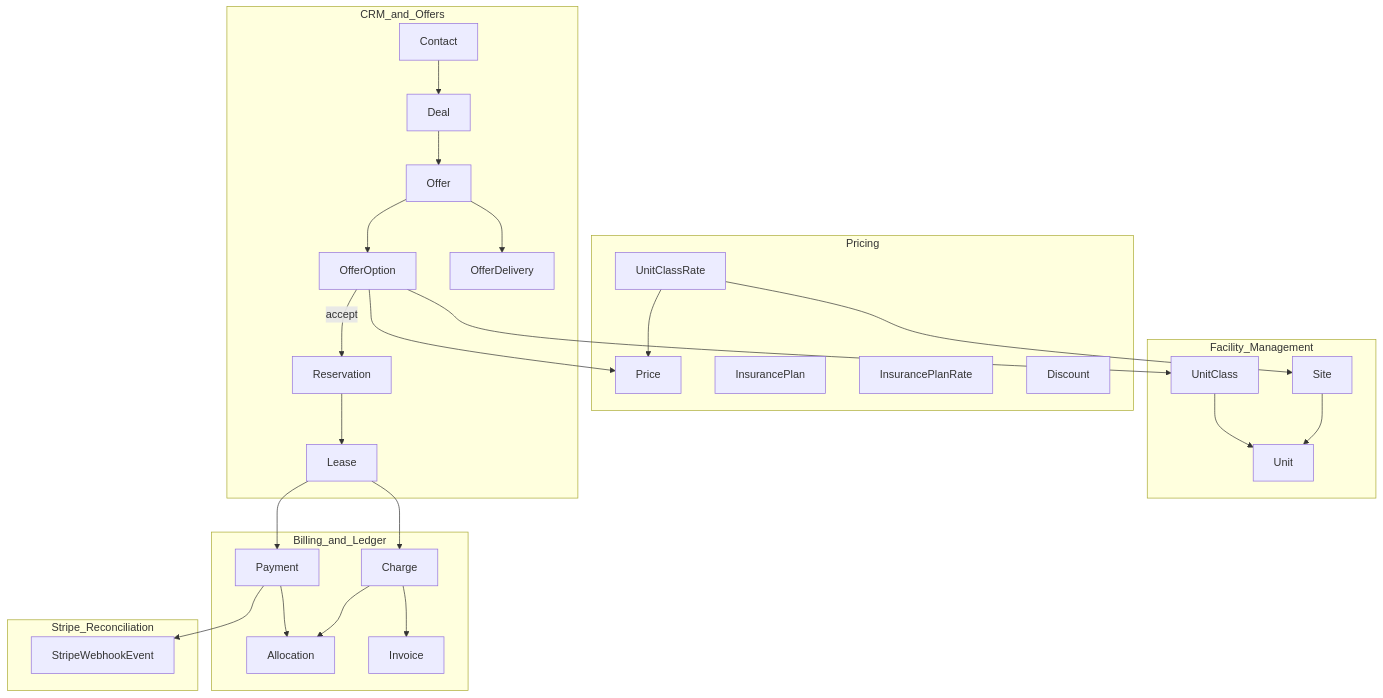
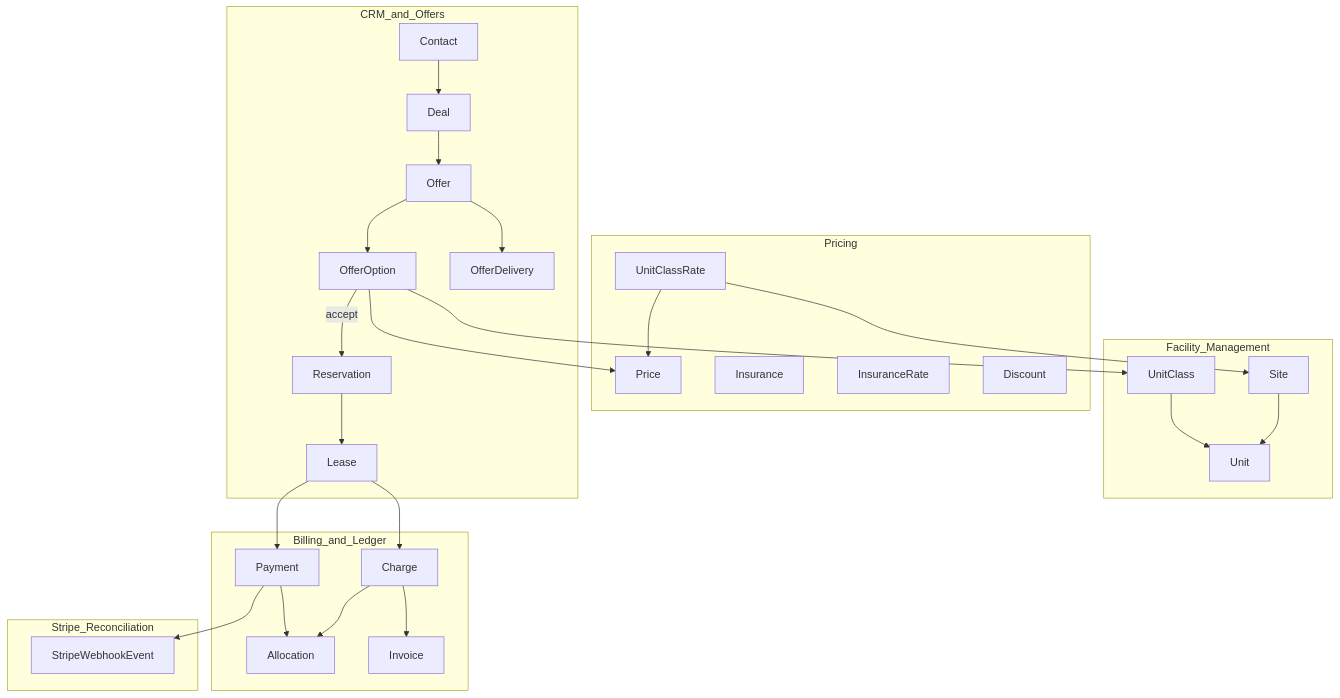
The second of 13 diagrams in docs/erd.md (MohammadShabaniSBU/unit-hq-api), drawn with Mermaid before and after one commit. The commit also changed other lines of this file and 21 other files, not shown here.

````diff
--- a/docs/erd.md
+++ b/docs/erd.md
@@ -60,38 +60,38 @@
 ```mermaid
 flowchart TB
     subgraph facility [Facility_Management]
         Site --> Unit
         UnitClass --> Unit
     end
 
     subgraph pricing [Pricing]
         Price
         UnitClassRate
-        InsurancePlan
-        InsurancePlanRate
+        Insurance
+        InsuranceRate
         Discount
     end
 
     subgraph crm [CRM_and_Offers]
         Contact --> Deal --> Offer --> OfferOption
         Offer --> OfferDelivery
         OfferOption -->|"accept"| Reservation --> Lease
     end
 
     subgraph billing [Billing_and_Ledger]
         Lease --> Charge
         Lease --> Payment
         Charge --> Allocation
         Payment --> Allocation
         Charge --> Invoice
     end
 
     subgraph stripe [Stripe_Reconciliation]
         Payment --> StripeWebhookEvent
     end
 
     UnitClassRate --> Price
     UnitClassRate --> Site
     OfferOption --> Price
     OfferOption --> UnitClass
 ```
````
